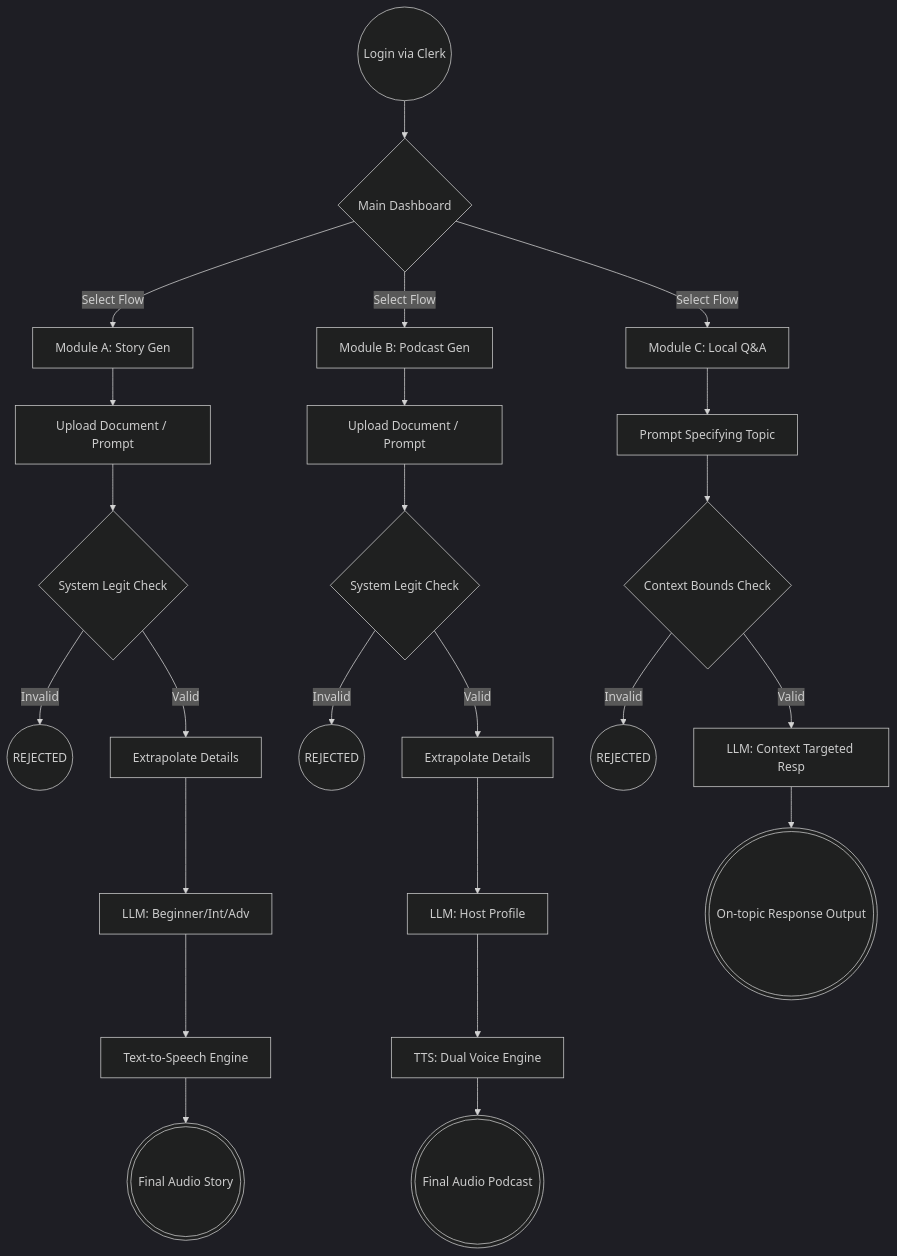
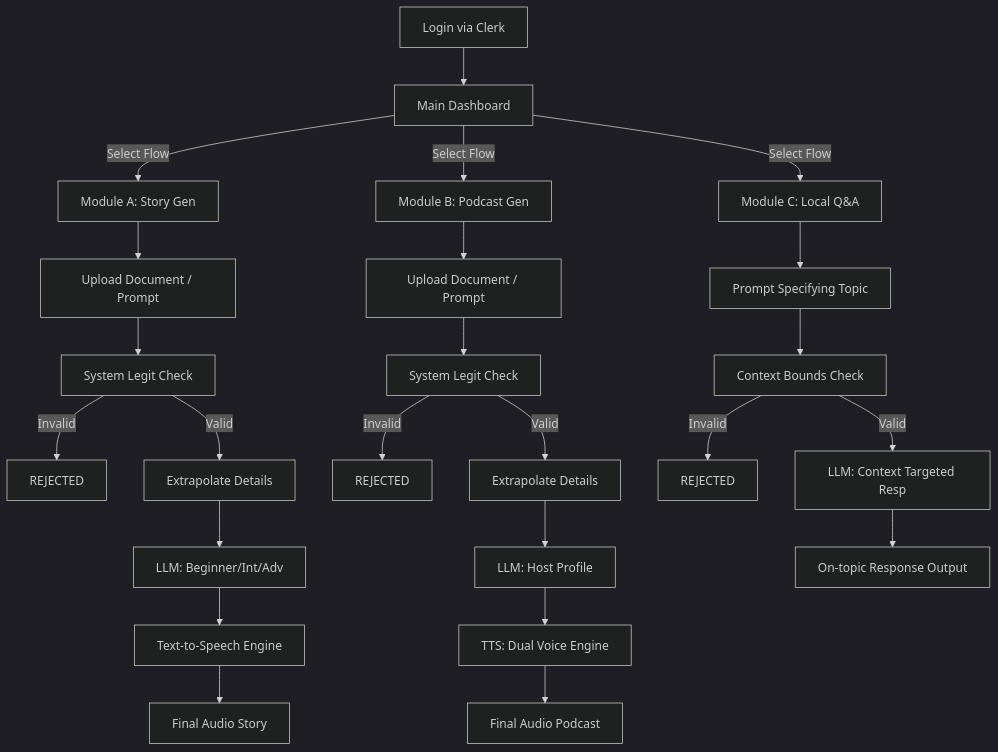
Before and after one commit to DevDebpriyo/PaperLens: the diagram in README.md, drawn with Mermaid (dark theme).

Commit message:
docs: use ultra-safe mermaid formatting

````diff
--- a/README.md
+++ b/README.md
@@ -29,33 +29,30 @@
 ```mermaid
 graph TD
-    Start((Login via Clerk)) --> Dash{Main Dashboard}
+    Start[Login via Clerk] --> Dash[Main Dashboard]
     
     Dash -->|Select Flow| ModA[Module A: Story Gen]
     Dash -->|Select Flow| ModB[Module B: Podcast Gen]
     Dash -->|Select Flow| ModC[Module C: Local Q&A]
     
-    %% Story Generator Flow
     ModA --> InputA[Upload Document / Prompt]
-    InputA --> ValA{System Legit Check}
-    ValA -- Invalid --> BreakA((REJECTED))
-    ValA -- Valid --> ProcA[Extrapolate Details]
+    InputA --> ValA[System Legit Check]
+    ValA -->|Invalid| BreakA[REJECTED]
+    ValA -->|Valid| ProcA[Extrapolate Details]
     ProcA --> GenA[LLM: Beginner/Int/Adv]
     GenA --> TTSA[Text-to-Speech Engine]
-    TTSA --> OutA(((Final Audio Story)))
+    TTSA --> OutA[Final Audio Story]
 
-    %% Podcast Generation Flow
     ModB --> InputB[Upload Document / Prompt]
-    InputB --> ValB{System Legit Check}
-    ValB -- Invalid --> BreakB((REJECTED))
-    ValB -- Valid --> ProcB[Extrapolate Details]
+    InputB --> ValB[System Legit Check]
+    ValB -->|Invalid| BreakB[REJECTED]
+    ValB -->|Valid| ProcB[Extrapolate Details]
     ProcB --> GenB[LLM: Host Profile]
     GenB --> TTSB[TTS: Dual Voice Engine]
-    TTSB --> OutB(((Final Audio Podcast)))
+    TTSB --> OutB[Final Audio Podcast]
 
-    %% Q&A Flow
     ModC --> InputC[Prompt Specifying Topic]
-    InputC --> ValC{Context Bounds Check}
-    ValC -- Invalid --> BreakC((REJECTED))
-    ValC -- Valid --> GenC[LLM: Context Targeted Resp]
-    GenC --> OutC(((On-topic Response Output)))
+    InputC --> ValC[Context Bounds Check]
+    ValC -->|Invalid| BreakC[REJECTED]
+    ValC -->|Valid| GenC[LLM: Context Targeted Resp]
+    GenC --> OutC[On-topic Response Output]
 ```
````
